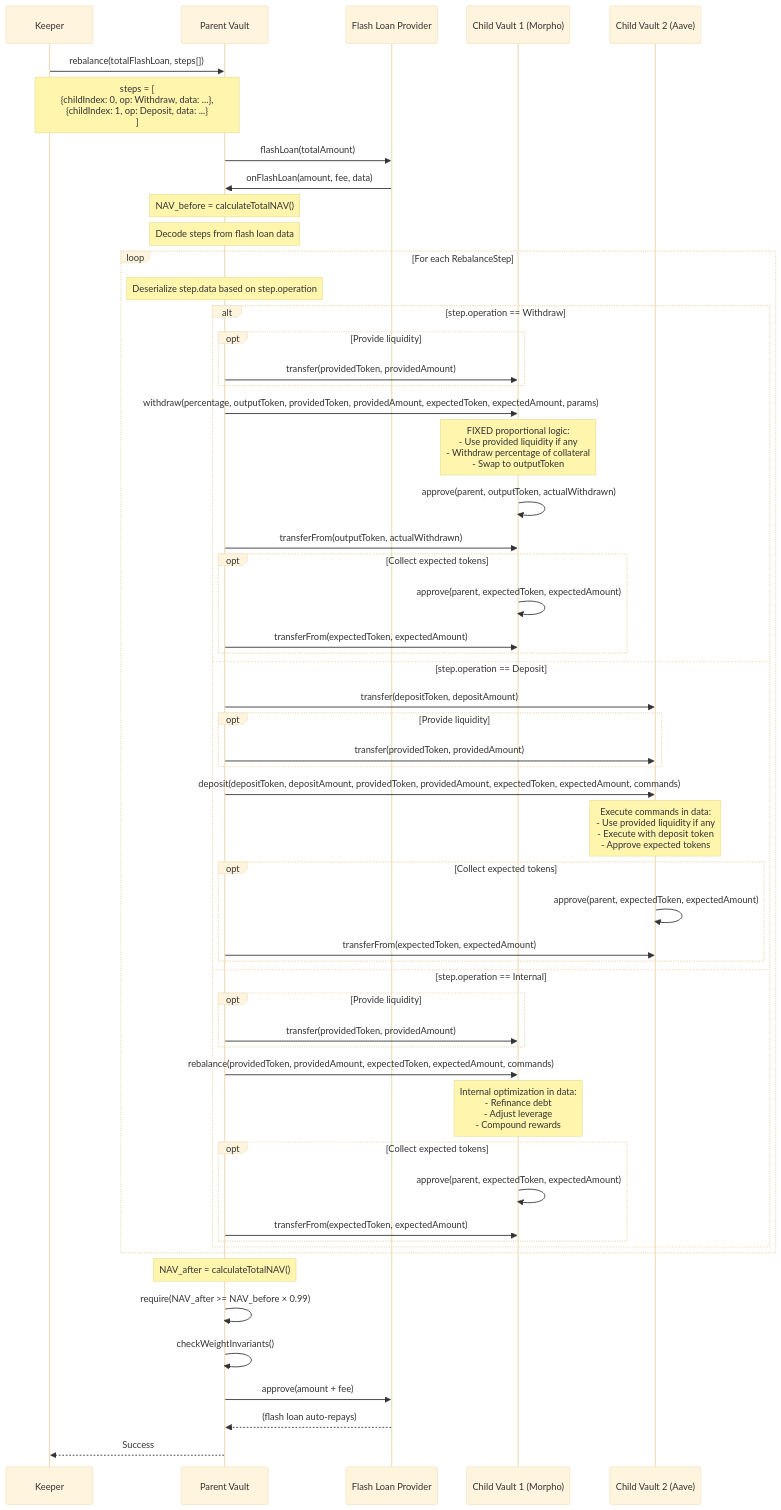
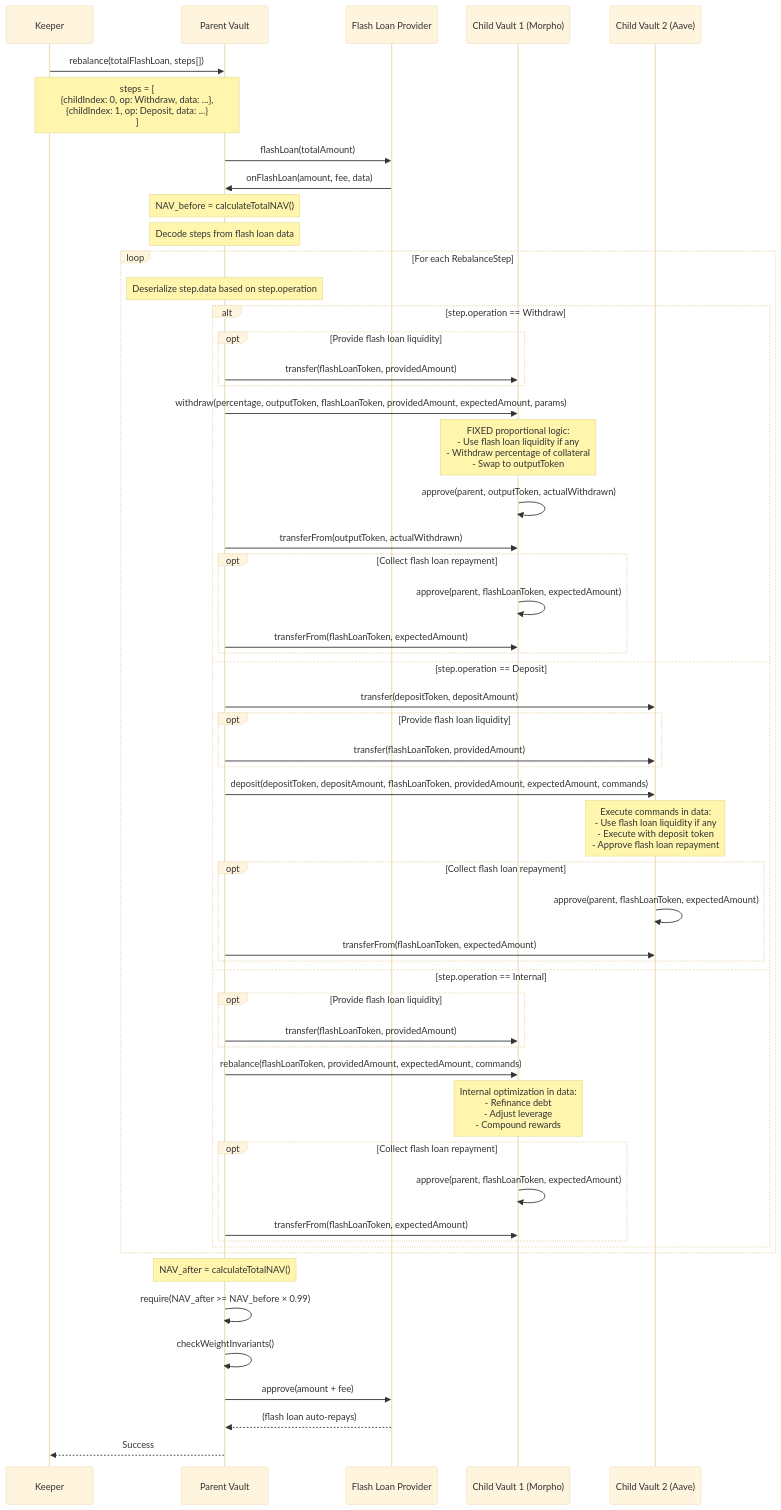
Before and after one commit to evgenynacu/leveraged-defi-strategy-contracts: the third of 3 diagrams in docs/adr/0005-deposit-withdrawal-settlement.md, drawn with Mermaid (base theme). The commit also changed other lines of this file and 11 other files, not shown here.

````diff
--- a/docs/adr/0005-deposit-withdrawal-settlement.md
+++ b/docs/adr/0005-deposit-withdrawal-settlement.md
@@ -327,78 +354,78 @@
 ```mermaid
 sequenceDiagram
     participant K as Keeper
     participant P as Parent Vault
     participant FL as Flash Loan Provider
     participant C1 as Child Vault 1 (Morpho)
     participant C2 as Child Vault 2 (Aave)
 
     K->>P: rebalance(totalFlashLoan, steps[])
 
     Note over K,P: steps = [<br/>  {childIndex: 0, op: Withdraw, data: ...},<br/>  {childIndex: 1, op: Deposit, data: ...}<br/>]
 
     P->>FL: flashLoan(totalAmount)
 
     FL->>P: onFlashLoan(amount, fee, data)
 
     Note over P: NAV_before = calculateTotalNAV()
 
     Note over P: Decode steps from flash loan data
 
     loop For each RebalanceStep
         Note over P: Deserialize step.data based on step.operation
 
         alt step.operation == Withdraw
-            opt Provide liquidity
-                P->>C1: transfer(providedToken, providedAmount)
+            opt Provide flash loan liquidity
+                P->>C1: transfer(flashLoanToken, providedAmount)
             end
-            P->>C1: withdraw(percentage, outputToken, providedToken, providedAmount, expectedToken, expectedAmount, params)
+            P->>C1: withdraw(percentage, outputToken, flashLoanToken, providedAmount, expectedAmount, params)
 
-            Note over C1: FIXED proportional logic:<br/>- Use provided liquidity if any<br/>- Withdraw percentage of collateral<br/>- Swap to outputToken
+            Note over C1: FIXED proportional logic:<br/>- Use flash loan liquidity if any<br/>- Withdraw percentage of collateral<br/>- Swap to outputToken
 
             C1->>C1: approve(parent, outputToken, actualWithdrawn)
             P->>C1: transferFrom(outputToken, actualWithdrawn)
 
-            opt Collect expected tokens
-                C1->>C1: approve(parent, expectedToken, expectedAmount)
-                P->>C1: transferFrom(expectedToken, expectedAmount)
+            opt Collect flash loan repayment
+                C1->>C1: approve(parent, flashLoanToken, expectedAmount)
+                P->>C1: transferFrom(flashLoanToken, expectedAmount)
             end
 
         else step.operation == Deposit
             P->>C2: transfer(depositToken, depositAmount)
-            opt Provide liquidity
-                P->>C2: transfer(providedToken, providedAmount)
+            opt Provide flash loan liquidity
+                P->>C2: transfer(flashLoanToken, providedAmount)
             end
-            P->>C2: deposit(depositToken, depositAmount, providedToken, providedAmount, expectedToken, expectedAmount, commands)
+            P->>C2: deposit(depositToken, depositAmount, flashLoanToken, providedAmount, expectedAmount, commands)
 
-            Note over C2: Execute commands in data:<br/>- Use provided liquidity if any<br/>- Execute with deposit token<br/>- Approve expected tokens
+            Note over C2: Execute commands in data:<br/>- Use flash loan liquidity if any<br/>- Execute with deposit token<br/>- Approve flash loan repayment
 
-            opt Collect expected tokens
-                C2->>C2: approve(parent, expectedToken, expectedAmount)
-                P->>C2: transferFrom(expectedToken, expectedAmount)
+            opt Collect flash loan repayment
+                C2->>C2: approve(parent, flashLoanToken, expectedAmount)
+                P->>C2: transferFrom(flashLoanToken, expectedAmount)
             end
 
         else step.operation == Internal
-            opt Provide liquidity
-                P->>C1: transfer(providedToken, providedAmount)
+            opt Provide flash loan liquidity
+                P->>C1: transfer(flashLoanToken, providedAmount)
             end
-            P->>C1: rebalance(providedToken, providedAmount, expectedToken, expectedAmount, commands)
+            P->>C1: rebalance(flashLoanToken, providedAmount, expectedAmount, commands)
 
             Note over C1: Internal optimization in data:<br/>- Refinance debt<br/>- Adjust leverage<br/>- Compound rewards
 
-            opt Collect expected tokens
-                C1->>C1: approve(parent, expectedToken, expectedAmount)
-                P->>C1: transferFrom(expectedToken, expectedAmount)
+            opt Collect flash loan repayment
+                C1->>C1: approve(parent, flashLoanToken, expectedAmount)
+                P->>C1: transferFrom(flashLoanToken, expectedAmount)
             end
         end
     end
 
     Note over P: NAV_after = calculateTotalNAV()
 
     P->>P: require(NAV_after >= NAV_before × 0.99)
     P->>P: checkWeightInvariants()
 
     P->>FL: approve(amount + fee)
     FL-->>P: (flash loan auto-repays)
 
     P-->>K: Success
 ```
````
